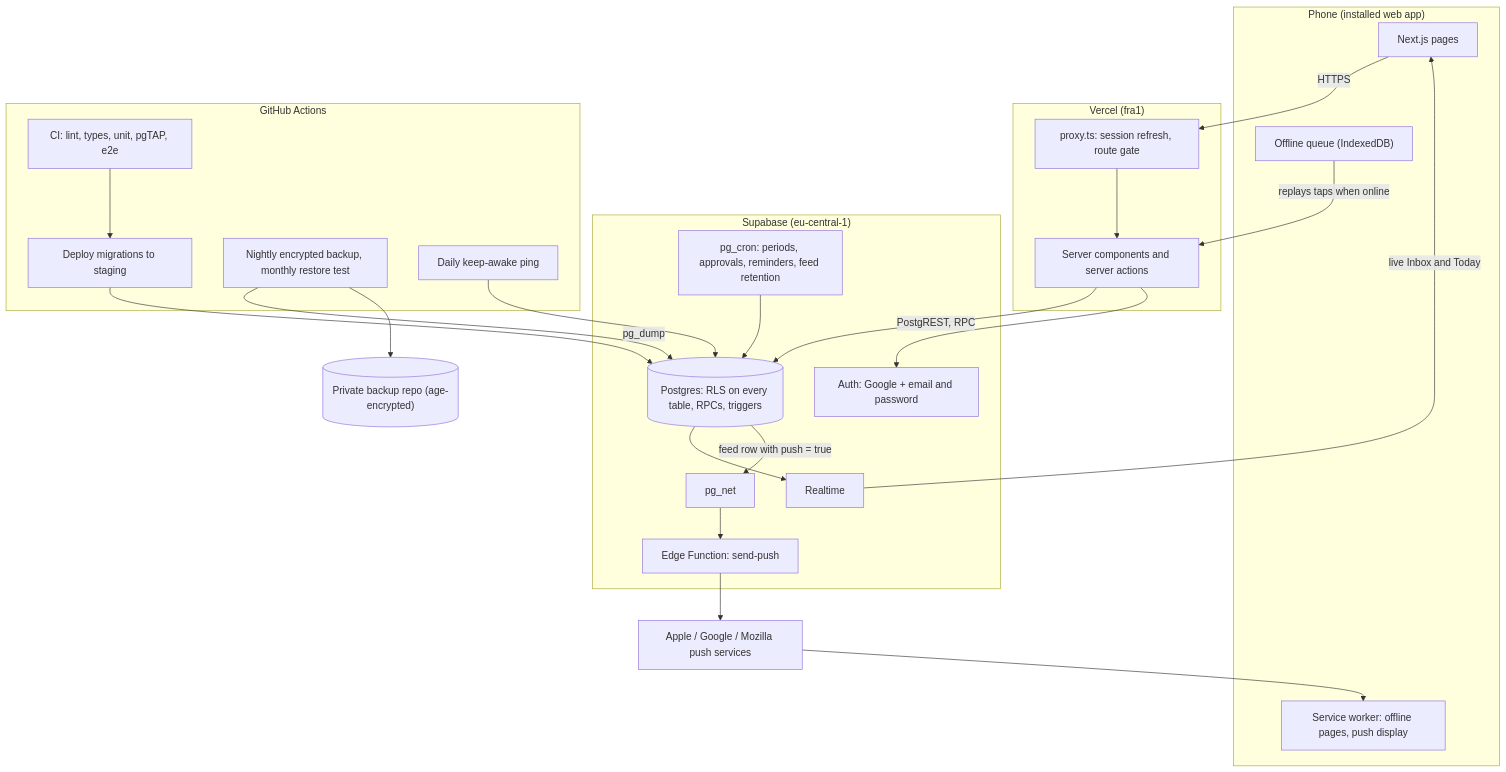
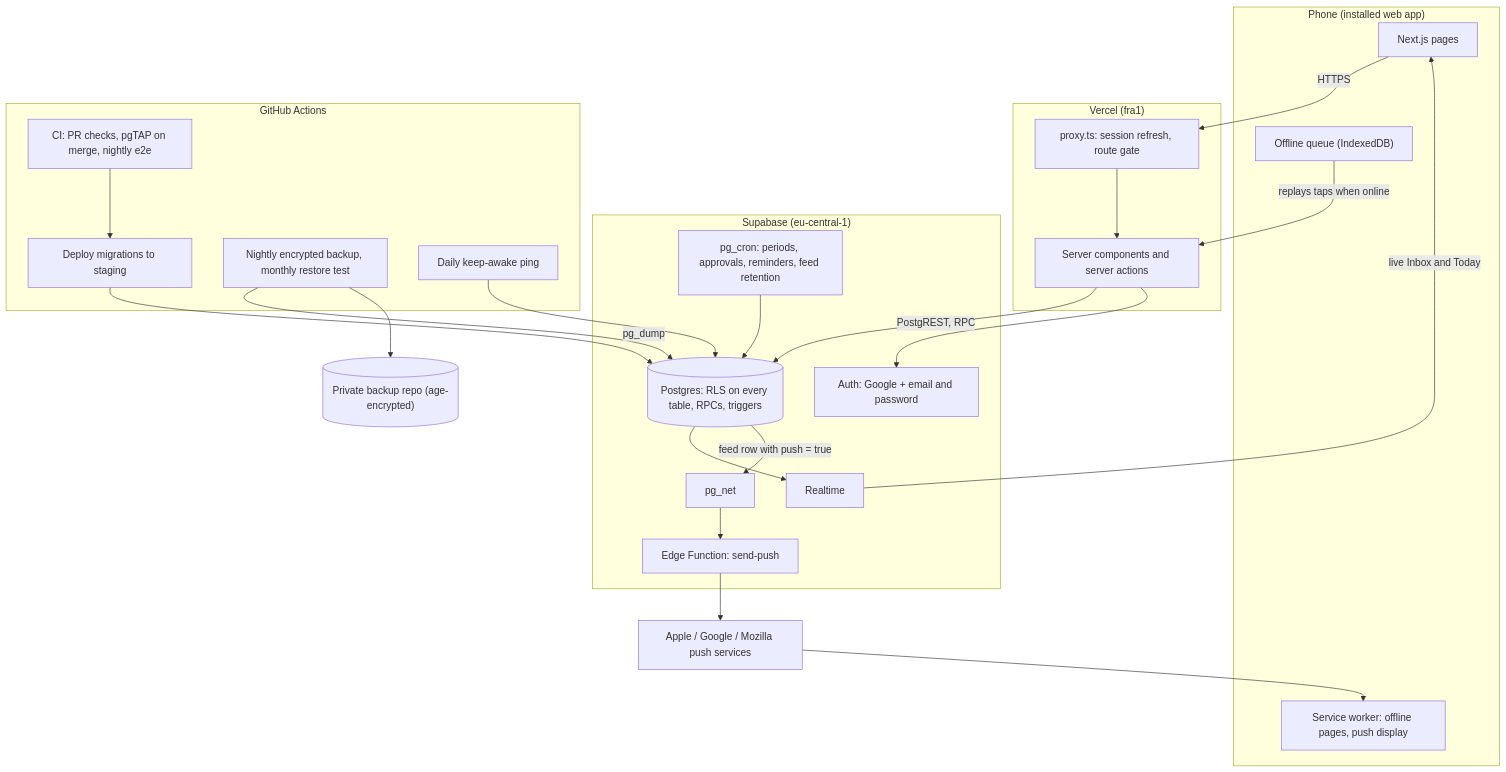
Before and after one commit to naum-4ik/keepup: the first of 4 diagrams in docs/architecture.md, drawn with Mermaid. The commit also changed other lines of this file and 4 other files, not shown here.

First line of the commit message:
ci: PR checks in about a minute; pgTAP on merge, e2e nightly

````diff
--- a/docs/architecture.md
+++ b/docs/architecture.md
@@ -7,39 +7,39 @@
 ```mermaid
 flowchart TB
     subgraph Phone["Phone (installed web app)"]
         UI["Next.js pages"]
         SW["Service worker: offline pages, push display"]
         Q["Offline queue (IndexedDB)"]
     end
     subgraph Vercel["Vercel (fra1)"]
         Proxy["proxy.ts: session refresh, route gate"]
         Fn["Server components and server actions"]
     end
     subgraph Supabase["Supabase (eu-central-1)"]
         Auth["Auth: Google + email and password"]
         PG[("Postgres: RLS on every table, RPCs, triggers")]
         RT["Realtime"]
         Cron["pg_cron: periods, approvals, reminders, feed retention"]
         Net["pg_net"]
         Push["Edge Function: send-push"]
     end
     PushSvc["Apple / Google / Mozilla push services"]
     subgraph GitHub["GitHub Actions"]
-        CI["CI: lint, types, unit, pgTAP, e2e"]
+        CI["CI: PR checks, pgTAP on merge, nightly e2e"]
         Deploy["Deploy migrations to staging"]
         Backup["Nightly encrypted backup, monthly restore test"]
         Keep["Daily keep-awake ping"]
     end
     Vault[("Private backup repo (age-encrypted)")]
 
     UI -->|HTTPS| Proxy --> Fn -->|PostgREST, RPC| PG
     Fn --> Auth
     Q -->|replays taps when online| Fn
     PG --> RT -->|live Inbox and Today| UI
     Cron --> PG
     PG -->|feed row with push = true| Net --> Push --> PushSvc --> SW
     CI --> Deploy --> PG
     Backup -->|pg_dump| PG
     Backup --> Vault
     Keep --> PG
 ```
````
